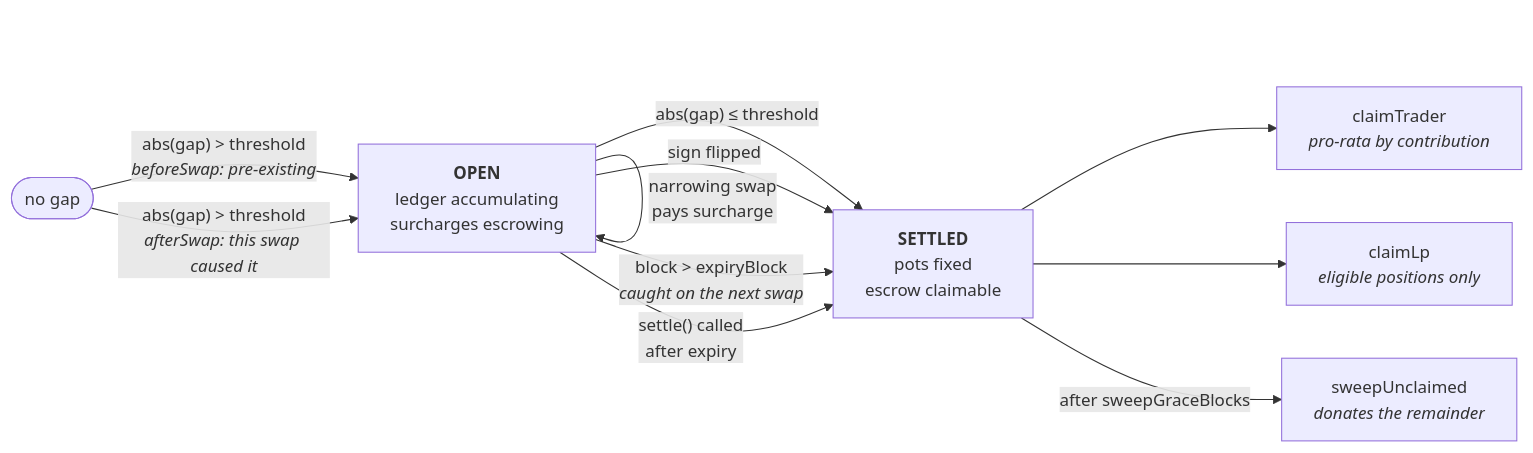
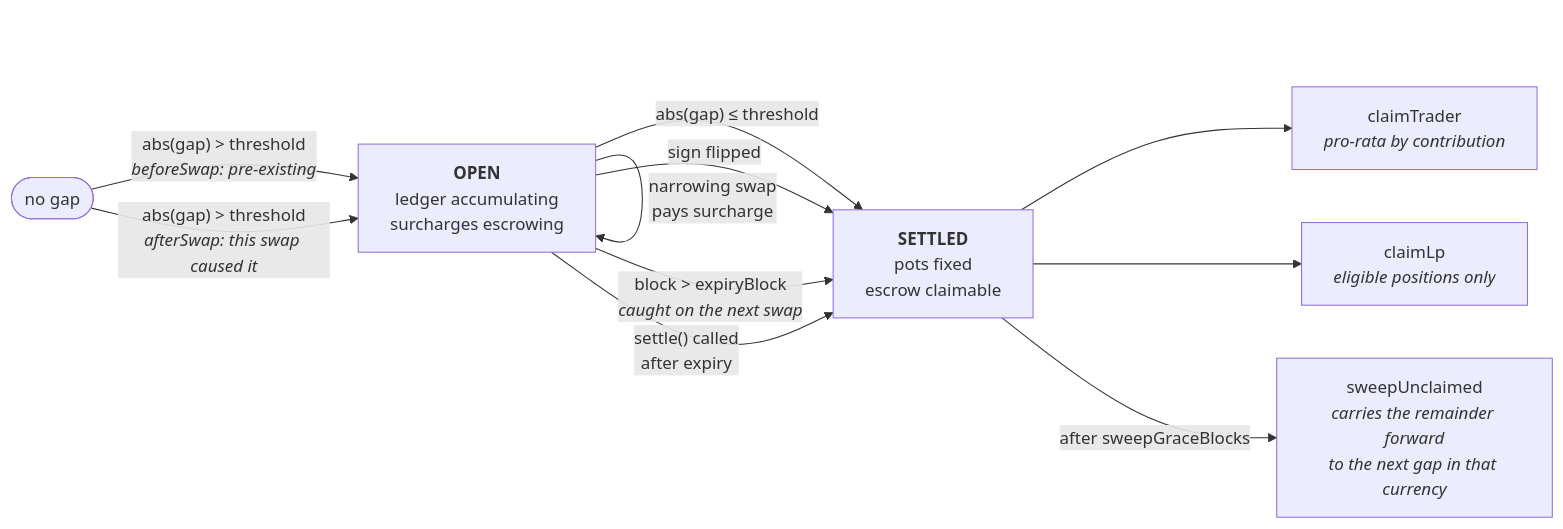
Before and after one commit to mansi0xc/backdraft: the fifth of 9 diagrams in ARCHITECTURE.md, drawn with Mermaid. The commit also changed other lines of this file and 5 other files, not shown here.

````diff
--- a/ARCHITECTURE.md
+++ b/ARCHITECTURE.md
@@ -173,17 +178,17 @@
 ```mermaid
 flowchart LR
     NONE(["no gap"]) -->|"abs(gap) > threshold<br/><i>beforeSwap: pre-existing</i>"| OPEN
     NONE -->|"abs(gap) > threshold<br/><i>afterSwap: this swap caused it</i>"| OPEN["<b>OPEN</b><br/>ledger accumulating<br/>surcharges escrowing"]
 
     OPEN -->|"widening swap"| OPEN
     OPEN -->|"narrowing swap<br/>pays surcharge"| OPEN
     OPEN -->|"abs(gap) ≤ threshold"| SETTLED
     OPEN -->|"sign flipped"| SETTLED
     OPEN -->|"block > expiryBlock<br/><i>caught on the next swap</i>"| SETTLED
     OPEN -->|"settle() called<br/>after expiry"| SETTLED
 
     SETTLED["<b>SETTLED</b><br/>pots fixed<br/>escrow claimable"]
     SETTLED --> TP["claimTrader<br/><i>pro-rata by contribution</i>"]
     SETTLED --> LP["claimLp<br/><i>eligible positions only</i>"]
-    SETTLED -->|"after sweepGraceBlocks"| SW["sweepUnclaimed<br/><i>donates the remainder</i>"]
+    SETTLED -->|"after sweepGraceBlocks"| SW["sweepUnclaimed<br/><i>carries the remainder forward<br/>to the next gap in that currency</i>"]
 ```
````
